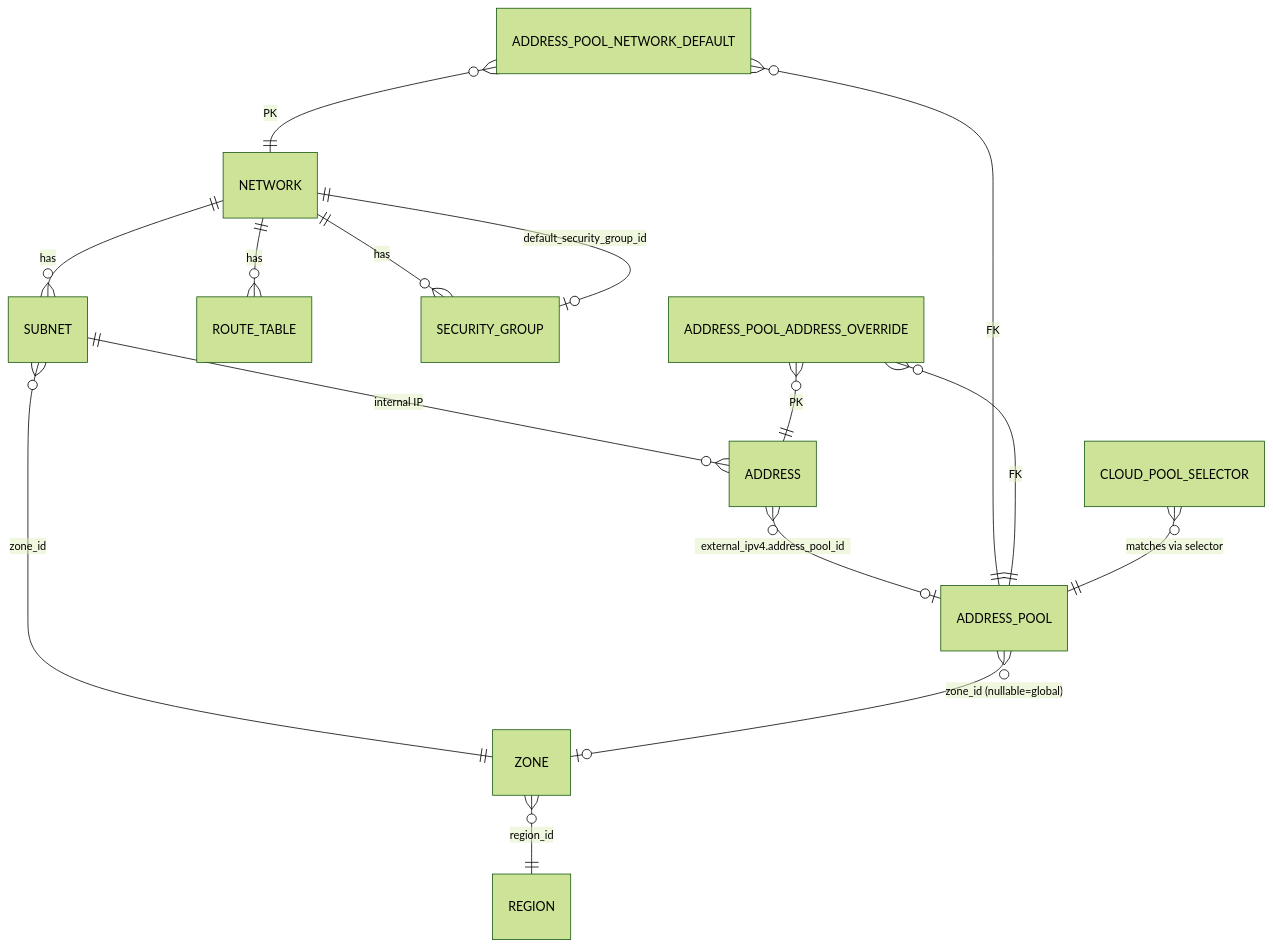
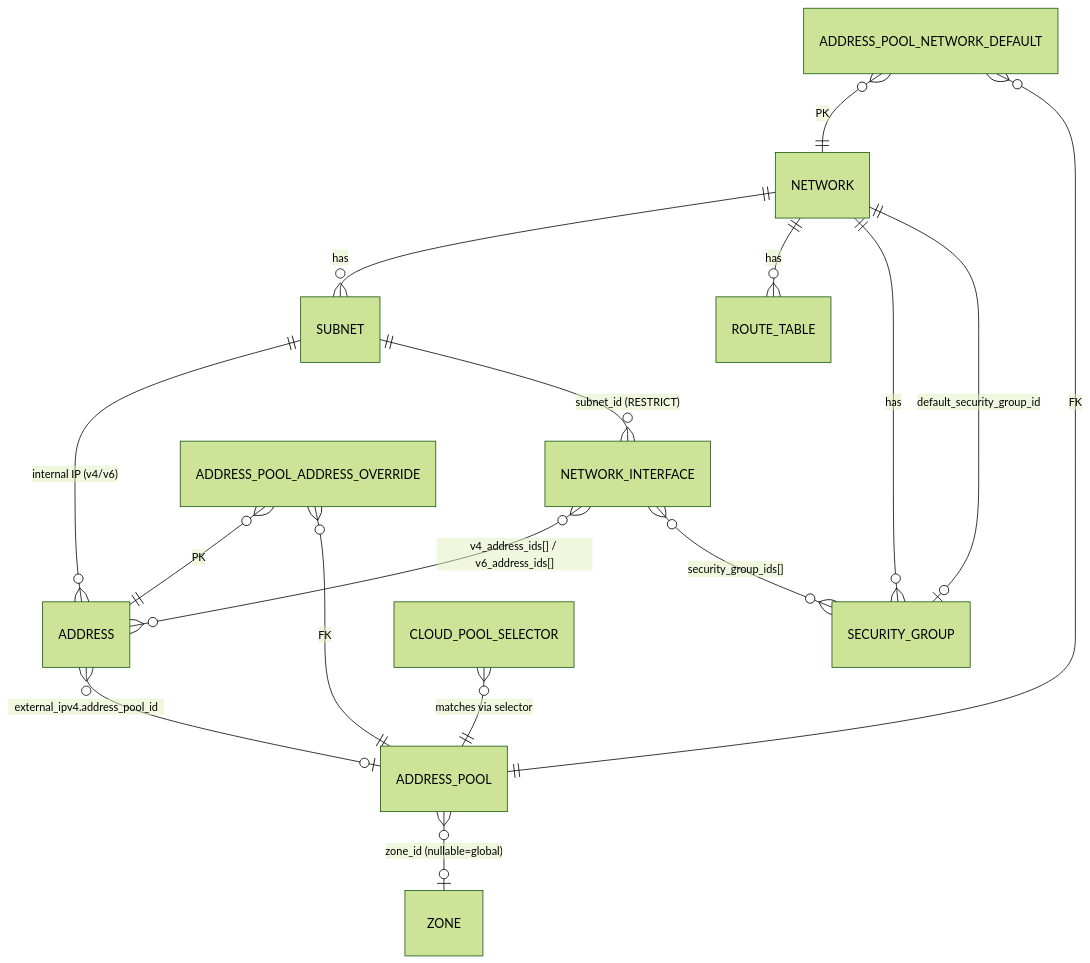
Before and after one commit to PRO-Robotech/kacho-vpc: the diagram in docs/architecture/01-resources.md, drawn with Mermaid (forest theme). The commit also changed other lines of this file and 11 other files, not shown here.

Commit message:
docs: update architecture for the 2026-05-12..13 vpc changes (NetworkInterface, vpn_id internal, optional subnet CIDR / SG network, v6 CIDR verbs, dependency chain, ops-history) — KAC-35

````diff
--- a/docs/architecture/01-resources.md
+++ b/docs/architecture/01-resources.md
@@ -7,17 +7,18 @@
 ```mermaid
 erDiagram
   NETWORK ||--o{ SUBNET : has
   NETWORK ||--o{ ROUTE_TABLE : has
   NETWORK ||--o{ SECURITY_GROUP : has
   NETWORK ||--o| SECURITY_GROUP : "default_security_group_id"
-  SUBNET ||--o{ ADDRESS : "internal IP"
-  SUBNET }o--|| ZONE : "zone_id"
-  ZONE }o--|| REGION : "region_id"
+  SUBNET ||--o{ ADDRESS : "internal IP (v4/v6)"
+  SUBNET ||--o{ NETWORK_INTERFACE : "subnet_id (RESTRICT)"
+  NETWORK_INTERFACE }o--o{ ADDRESS : "v4_address_ids[] / v6_address_ids[]"
+  NETWORK_INTERFACE }o--o{ SECURITY_GROUP : "security_group_ids[]"
   ADDRESS_POOL }o--o| ZONE : "zone_id (nullable=global)"
   ADDRESS }o--o| ADDRESS_POOL : "external_ipv4.address_pool_id"
   ADDRESS_POOL_NETWORK_DEFAULT }o--|| NETWORK : "PK"
   ADDRESS_POOL_NETWORK_DEFAULT }o--|| ADDRESS_POOL : "FK"
   ADDRESS_POOL_ADDRESS_OVERRIDE }o--|| ADDRESS : "PK"
   ADDRESS_POOL_ADDRESS_OVERRIDE }o--|| ADDRESS_POOL : "FK"
   CLOUD_POOL_SELECTOR }o--|| ADDRESS_POOL : "matches via selector"
 ```
````
